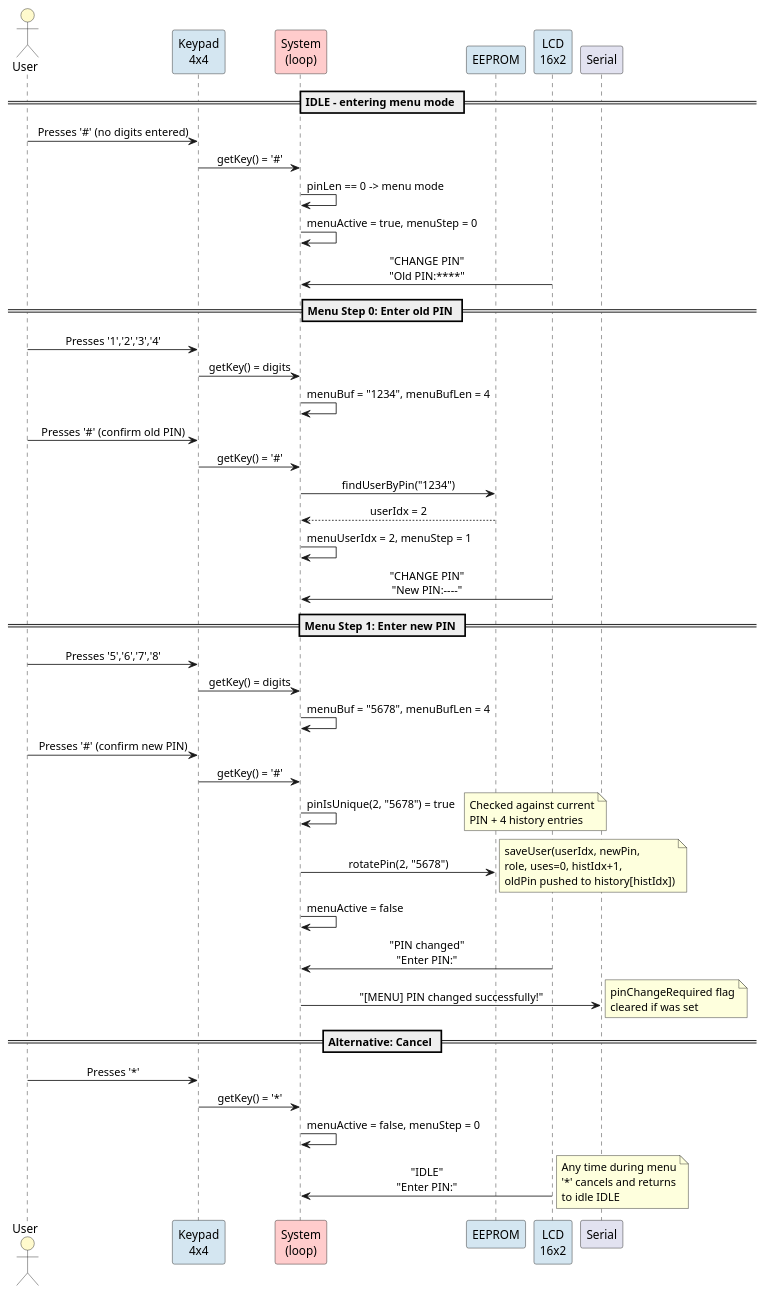
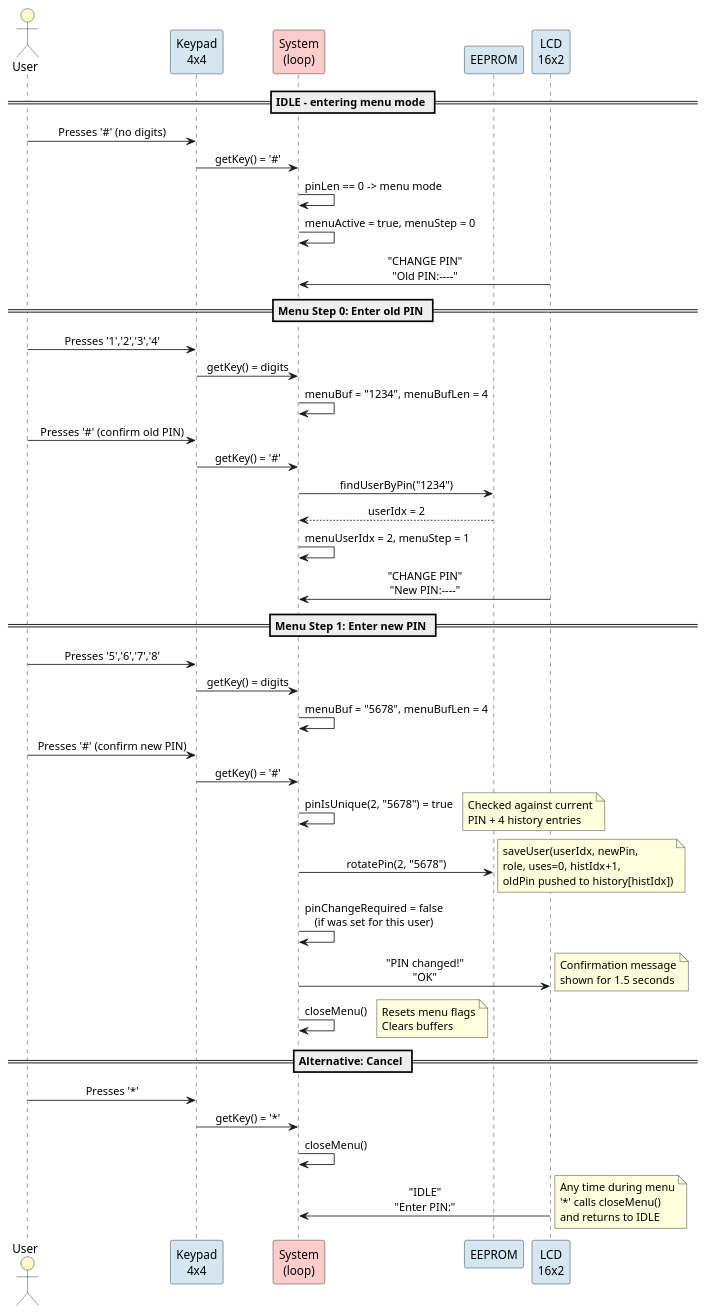
The diagram in docs/UML/sequence-config.puml (FernandoMulato/Final-Arduino-Project), drawn with PlantUML before and after one commit. The commit also changed 12 other files, not shown here.

First line of the commit message:
feat(core): unify v2 pins, RGB LED, tone(), addUser across main.ino

```diff
--- a/docs/UML/sequence-config.puml
+++ b/docs/UML/sequence-config.puml
@@ -1,61 +1,63 @@
 @startuml UserConfig
 ' ====================================================================
 ' Sequence diagram - PIN change via menu (within IDLE state)
 ' From IDLE, press # with no digits -> menu -> change PIN -> save
+' Shows confirmation message with delay(1500) before returning
 ' ====================================================================
 
 skinparam backgroundColor white
 skinparam defaultFontName SansSerif
 skinparam sequenceMessageAlign center
 
 actor "User" as USR #FFFACD
 participant "Keypad\n4x4" as KPD #D4E6F1
 participant "System\n(loop)" as SYS #FFCCCC
 participant "EEPROM" as EEP #D4E6F1
 participant "LCD\n16x2" as LCD #D4E6F1
 
 == IDLE - entering menu mode ==
-note right: State S_IDLE\nLCD: "IDLE", "Enter PIN:"
+note right: State S_IDLE\nLCD: "IDLE", "Enter PIN:"\nRGB: off
 
-USR -> KPD: Presses '#' (no digits entered)
+USR -> KPD: Presses '#' (no digits)
 KPD -> SYS: getKey() = '#'
 SYS -> SYS: pinLen == 0 -> menu mode
 SYS -> SYS: menuActive = true, menuStep = 0
-LCD -> SYS: "CHANGE PIN"\n"Old PIN:****"
+LCD -> SYS: "CHANGE PIN"\n"Old PIN:----"
 
 == Menu Step 0: Enter old PIN ==
 USR -> KPD: Presses '1','2','3','4'
 KPD -> SYS: getKey() = digits
 SYS -> SYS: menuBuf = "1234", menuBufLen = 4
 
 USR -> KPD: Presses '#' (confirm old PIN)
 KPD -> SYS: getKey() = '#'
 SYS -> EEP: findUserByPin("1234")
 EEP --> SYS: userIdx = 2
 SYS -> SYS: menuUserIdx = 2, menuStep = 1
 LCD -> SYS: "CHANGE PIN"\n"New PIN:----"
 
 == Menu Step 1: Enter new PIN ==
 USR -> KPD: Presses '5','6','7','8'
 KPD -> SYS: getKey() = digits
 SYS -> SYS: menuBuf = "5678", menuBufLen = 4
 
 USR -> KPD: Presses '#' (confirm new PIN)
 KPD -> SYS: getKey() = '#'
 SYS -> SYS: pinIsUnique(2, "5678") = true
 note right: Checked against current\nPIN + 4 history entries
 SYS -> EEP: rotatePin(2, "5678")
 note right: saveUser(userIdx, newPin,\nrole, uses=0, histIdx+1,\noldPin pushed to history[histIdx])
-SYS -> SYS: menuActive = false
-LCD -> SYS: "PIN changed"\n"Enter PIN:"
-SYS -> Serial: "[MENU] PIN changed successfully!"
-note right: pinChangeRequired flag\ncleared if was set
+SYS -> SYS: pinChangeRequired = false\n(if was set for this user)
+SYS -> LCD: "PIN changed!"\n"OK"
+note right: Confirmation message\nshown for 1.5 seconds
+SYS -> SYS: closeMenu()
+note right: Resets menu flags\nClears buffers
 
 == Alternative: Cancel ==
 USR -> KPD: Presses '*'
 KPD -> SYS: getKey() = '*'
-SYS -> SYS: menuActive = false, menuStep = 0
+SYS -> SYS: closeMenu()
 LCD -> SYS: "IDLE"\n"Enter PIN:"
-note right: Any time during menu\n'*' cancels and returns\nto idle IDLE
+note right: Any time during menu\n'*' calls closeMenu()\nand returns to IDLE
 
 @enduml
```
